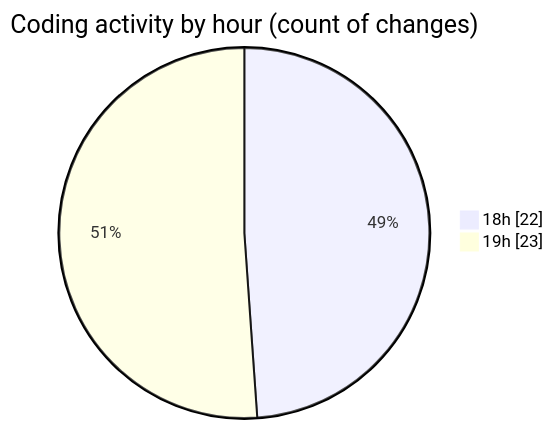
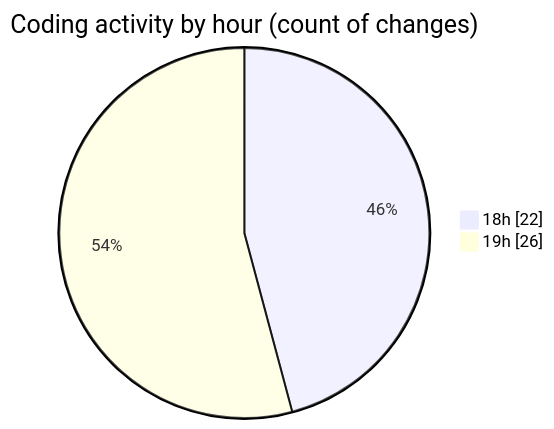
One commit to idhammustaqopulfikri/code-tracking changed the second of 2 diagrams in 2025-06-13/studio-backend/README.md. Above: the diagram before and after it, drawn with Mermaid. The commit also changed other lines of this file and 1 other file, not shown here.

````diff
--- a/2025-06-13/studio-backend/README.md
+++ b/2025-06-13/studio-backend/README.md
@@ -39,6 +39,6 @@
 ```mermaid
 pie showData
 title Coding activity by hour (count of changes)
 "18h" : 22
-"19h" : 23
+"19h" : 26
 ```
````
